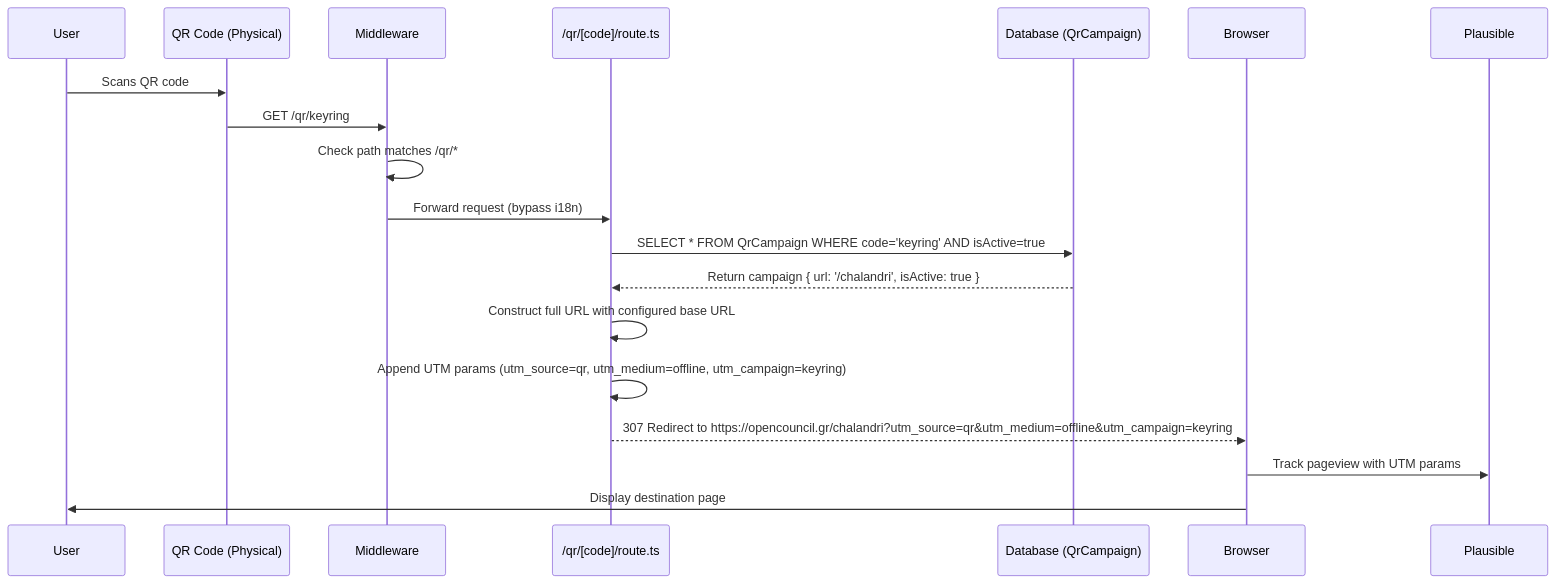
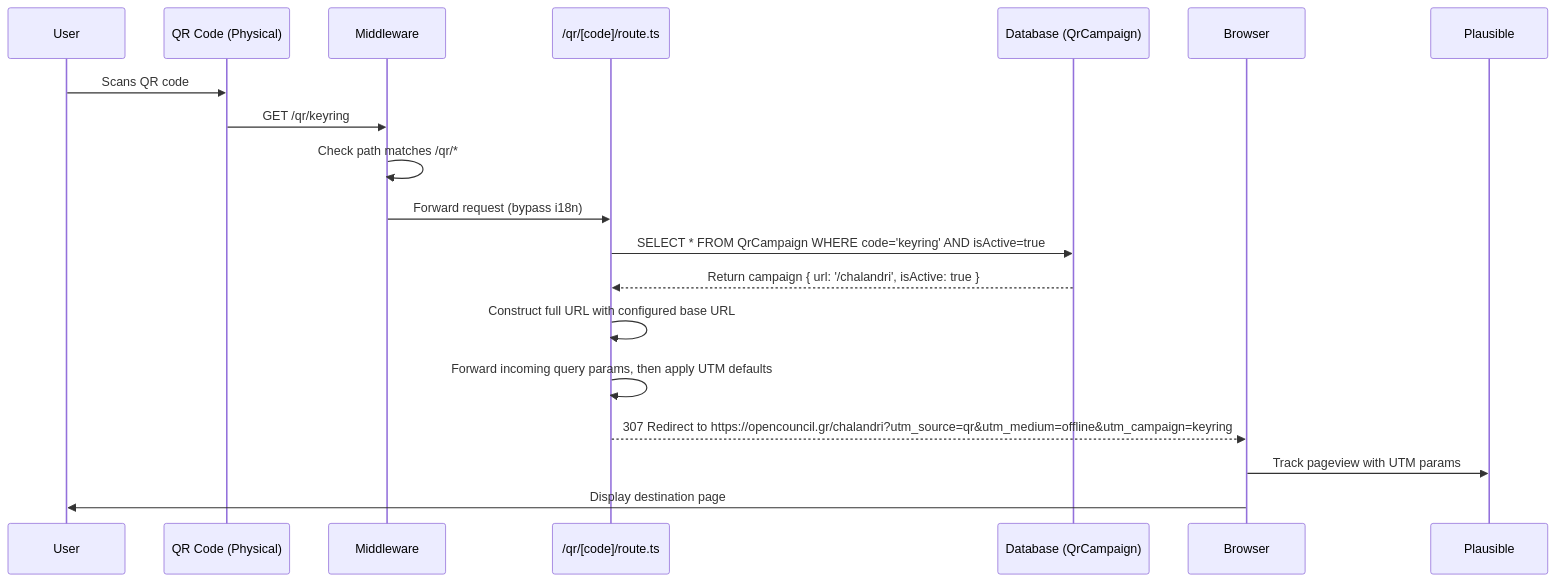
Before and after one commit to schemalabz/opencouncil: the diagram in docs/guides/qr-campaigns.md, drawn with Mermaid. The commit also changed other lines of this file and 3 other files, not shown here.

First line of the commit message:
feat(qr): forward incoming query params through QR redirects

````diff
--- a/docs/guides/qr-campaigns.md
+++ b/docs/guides/qr-campaigns.md
@@ -22,22 +22,22 @@
 ```mermaid
 sequenceDiagram
     participant User
     participant QRCode as QR Code (Physical)
     participant Middleware
     participant RouteHandler as /qr/[code]/route.ts
     participant DB as Database (QrCampaign)
     participant Browser
     participant Plausible
 
     User->>QRCode: Scans QR code
     QRCode->>Middleware: GET /qr/keyring
     Middleware->>Middleware: Check path matches /qr/*
     Middleware->>RouteHandler: Forward request (bypass i18n)
     RouteHandler->>DB: SELECT * FROM QrCampaign WHERE code='keyring' AND isActive=true
     DB-->>RouteHandler: Return campaign { url: '/chalandri', isActive: true }
     RouteHandler->>RouteHandler: Construct full URL with configured base URL
-    RouteHandler->>RouteHandler: Append UTM params (utm_source=qr, utm_medium=offline, utm_campaign=keyring)
+    RouteHandler->>RouteHandler: Forward incoming query params, then apply UTM defaults
     RouteHandler-->>Browser: 307 Redirect to https://opencouncil.gr/chalandri?utm_source=qr&utm_medium=offline&utm_campaign=keyring
     Browser->>Plausible: Track pageview with UTM params
     Browser->>User: Display destination page
 ```
````
